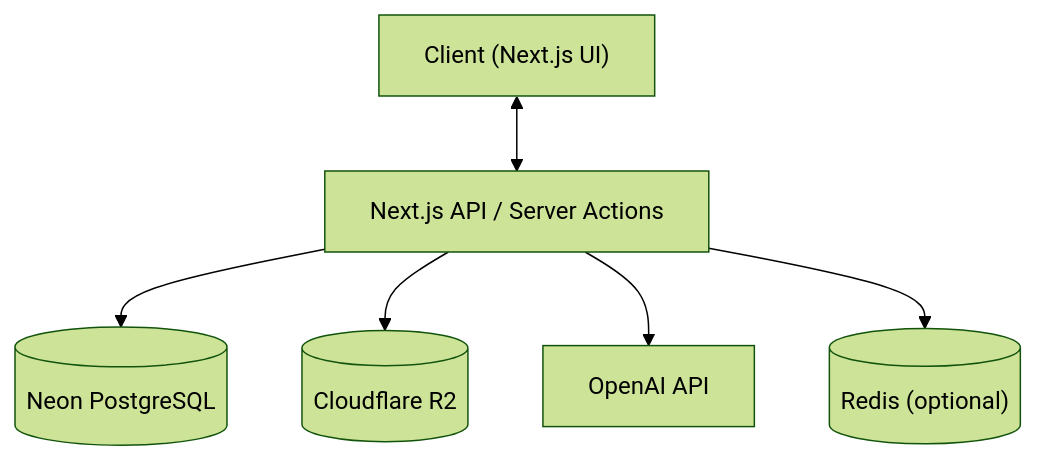
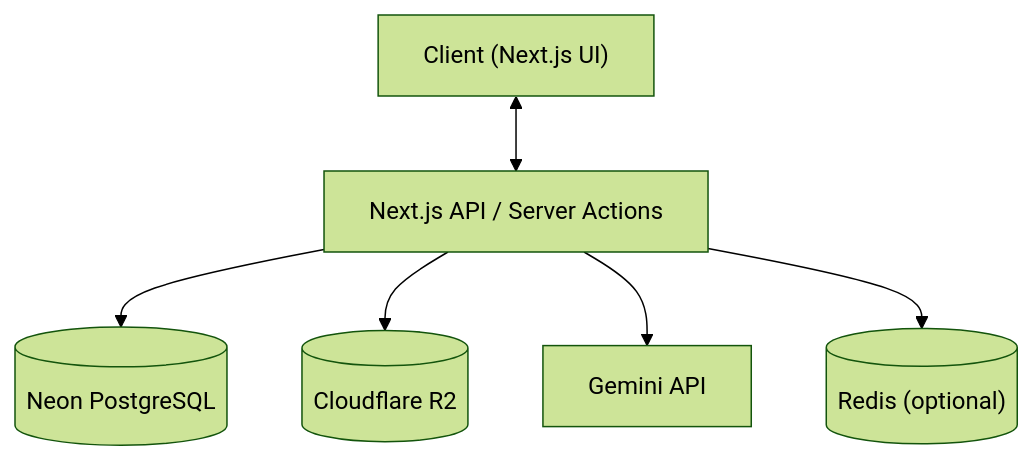
The second of 4 diagrams in context/project-overview.md (Mistesq/codevault), drawn with Mermaid (forest theme) before and after one commit. The commit also changed other lines of this file and 1 other file, not shown here.

Commit message:
update AI references from OpenAI to Google Gemini in project overview and environment configuration

````diff
--- a/context/project-overview.md
+++ b/context/project-overview.md
@@ -316,8 +316,8 @@
 ```mermaid
 graph TD
   Client["Client (Next.js UI)"] <--> API["Next.js API / Server Actions"]
   API --> DB[("Neon PostgreSQL")]
   API --> R2[("Cloudflare R2")]
-  API --> AI["OpenAI API"]
+  API --> AI["Gemini API"]
   API --> Cache[("Redis (optional)")]
 ```
````
